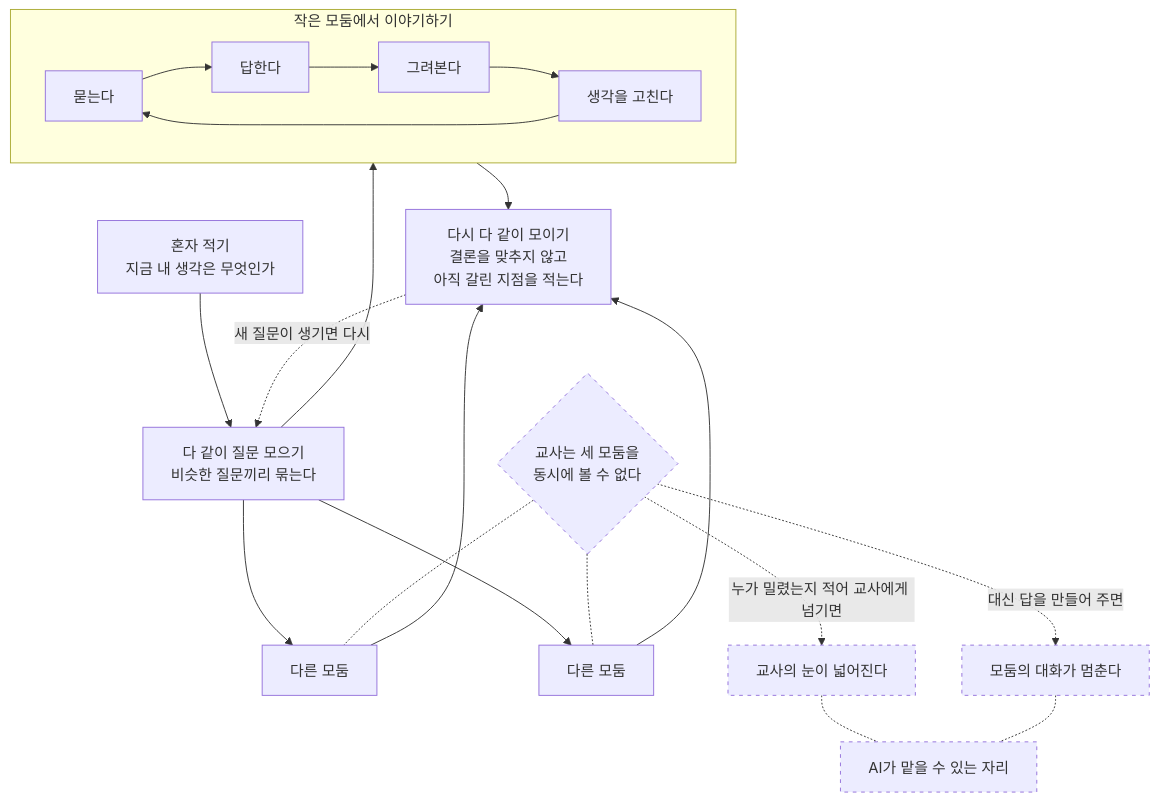
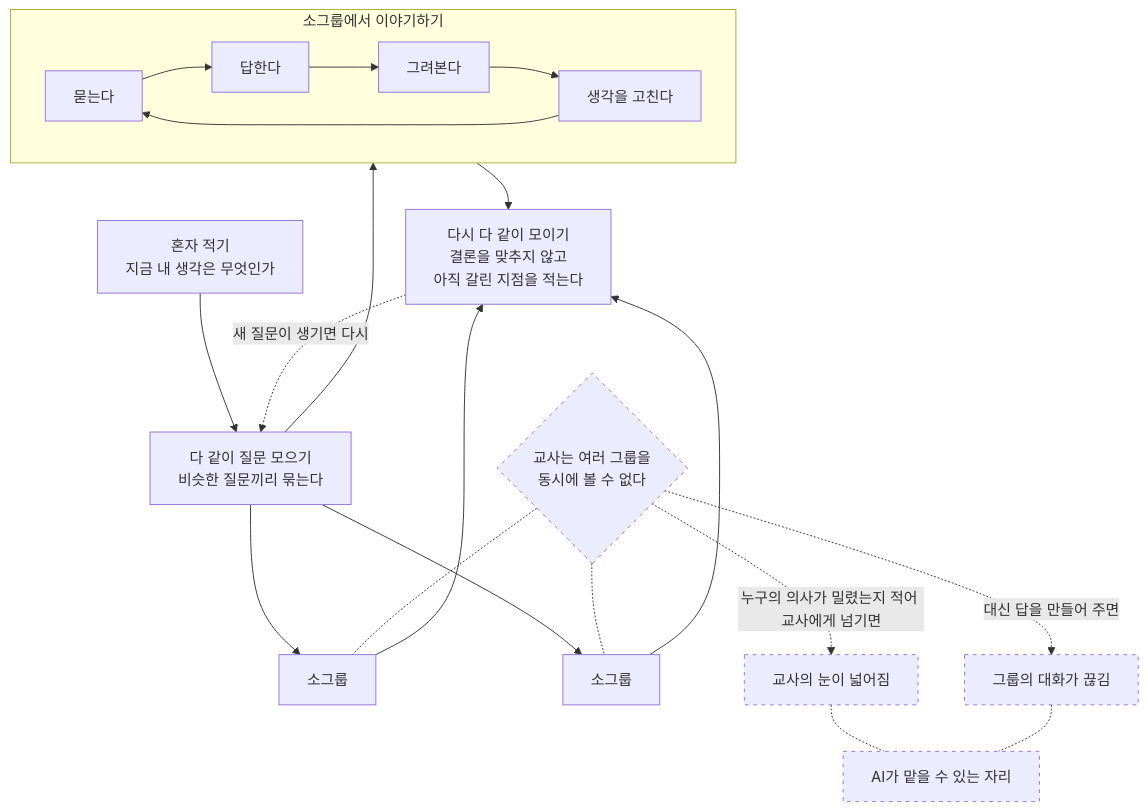
Before and after one commit to mapsycoy/mapsycoy.github.io: the second of 2 diagrams in src/content/notes/p4c-and-art-gifted-education.md, drawn with Mermaid. The commit also changed other lines of this file, not shown here.

````diff
--- a/src/content/notes/p4c-and-art-gifted-education.md
+++ b/src/content/notes/p4c-and-art-gifted-education.md
@@ -163,38 +196,38 @@
 ```mermaid
 flowchart TB
     A["혼자 적기<br/>지금 내 생각은 무엇인가"] --> B["다 같이 질문 모으기<br/>비슷한 질문끼리 묶는다"]
 
     B --> G1
     B --> G2
     B --> G3
 
-    subgraph G1 ["작은 모둠에서 이야기하기"]
+    subgraph G1 ["소그룹에서 이야기하기"]
         direction LR
         Q["묻는다"] --> R["답한다"]
         R --> T["그려본다"]
         T --> C["생각을 고친다"]
         C --> Q
     end
 
-    G2["다른 모둠"]
-    G3["다른 모둠"]
+    G2["소그룹"]
+    G3["소그룹"]
 
     G1 --> Z["다시 다 같이 모이기<br/>결론을 맞추지 않고<br/>아직 갈린 지점을 적는다"]
     G2 --> Z
     G3 --> Z
 
     Z -.->|"새 질문이 생기면 다시"| B
 
-    BLIND{"교사는 세 모둠을<br/>동시에 볼 수 없다"}
+    BLIND{"교사는 여러 그룹을<br/>동시에 볼 수 없다"}
     BLIND -.- G2
     BLIND -.- G3
 
-    BLIND -.->|"누가 밀렸는지 적어 교사에게 넘기면"| EYE["교사의 눈이 넓어진다"]
-    BLIND -.->|"대신 답을 만들어 주면"| STOP["모둠의 대화가 멈춘다"]
+    BLIND -.->|"누구의 의사가 밀렸는지 적어 교사에게 넘기면"| EYE["교사의 눈이 넓어짐"]
+    BLIND -.->|"대신 답을 만들어 주면"| STOP["그룹의 대화가 끊김"]
 
     EYE -.- AI["AI가 맡을 수 있는 자리"]
     STOP -.- AI
 
     classDef aux stroke-dasharray:4 5;
     class BLIND,EYE,STOP,AI aux;
 ```
````
